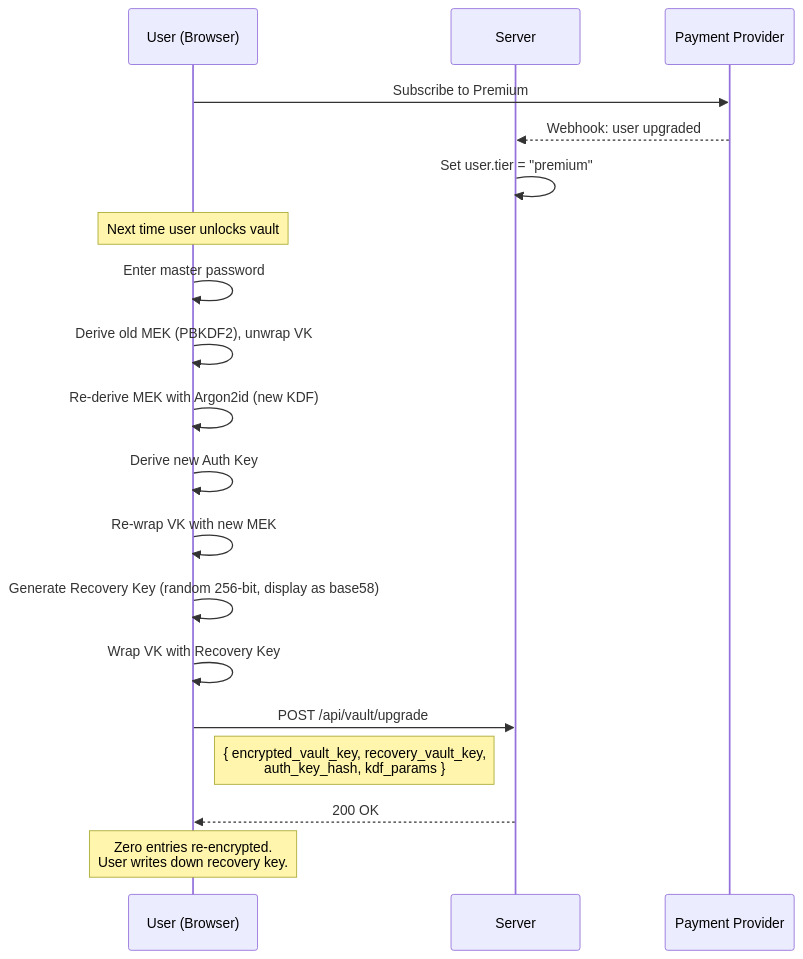
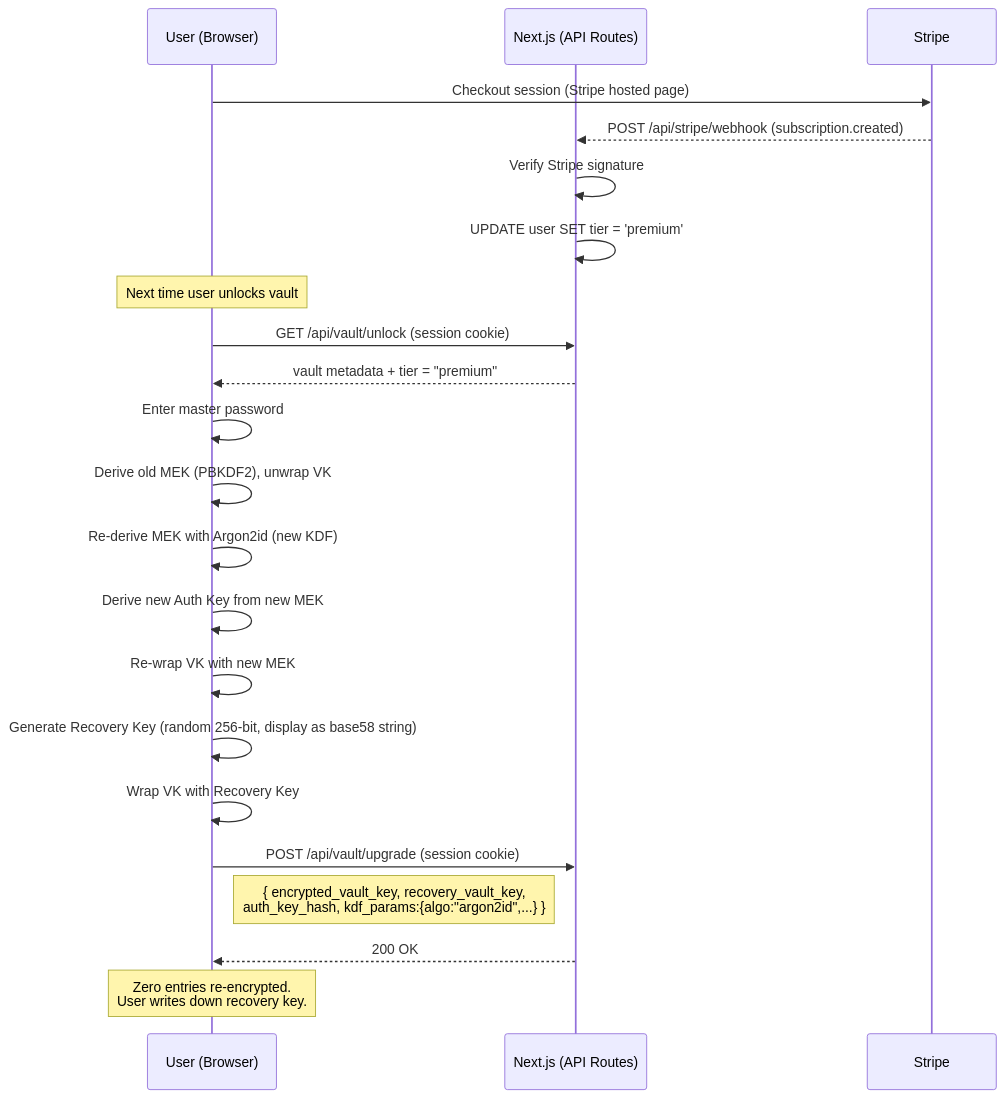
One commit to kunalsinghdadhwal/lockr changed the eighth of 8 diagrams in docs/ARCHITECTURE.md. Above: the diagram before and after it, drawn with Mermaid. The commit also changed other lines of this file, not shown here.

````diff
--- a/docs/ARCHITECTURE.md
+++ b/docs/ARCHITECTURE.md
@@ -217,26 +404,30 @@
 ```mermaid
 sequenceDiagram
     participant U as User (Browser)
-    participant S as Server
-    participant Pay as Payment Provider
+    participant N as Next.js (API Routes)
+    participant S as Stripe
 
-    U->>Pay: Subscribe to Premium
-    Pay-->>S: Webhook: user upgraded
-    S->>S: Set user.tier = "premium"
+    U->>S: Checkout session (Stripe hosted page)
+    S-->>N: POST /api/stripe/webhook (subscription.created)
+    N->>N: Verify Stripe signature
+    N->>N: UPDATE user SET tier = 'premium'
 
     Note over U: Next time user unlocks vault
+    U->>N: GET /api/vault/unlock (session cookie)
+    N-->>U: vault metadata + tier = "premium"
+
     U->>U: Enter master password
     U->>U: Derive old MEK (PBKDF2), unwrap VK
 
     U->>U: Re-derive MEK with Argon2id (new KDF)
-    U->>U: Derive new Auth Key
+    U->>U: Derive new Auth Key from new MEK
     U->>U: Re-wrap VK with new MEK
-    U->>U: Generate Recovery Key (random 256-bit, display as base58)
+    U->>U: Generate Recovery Key (random 256-bit, display as base58 string)
     U->>U: Wrap VK with Recovery Key
 
-    U->>S: POST /api/vault/upgrade
-    Note right of U: { encrypted_vault_key, recovery_vault_key,<br/>auth_key_hash, kdf_params }
-    S-->>U: 200 OK
+    U->>N: POST /api/vault/upgrade (session cookie)
+    Note right of U: { encrypted_vault_key, recovery_vault_key,<br/>auth_key_hash, kdf_params:{algo:"argon2id",...} }
+    N-->>U: 200 OK
 
     Note over U: Zero entries re-encrypted.<br/>User writes down recovery key.
 ```
````
